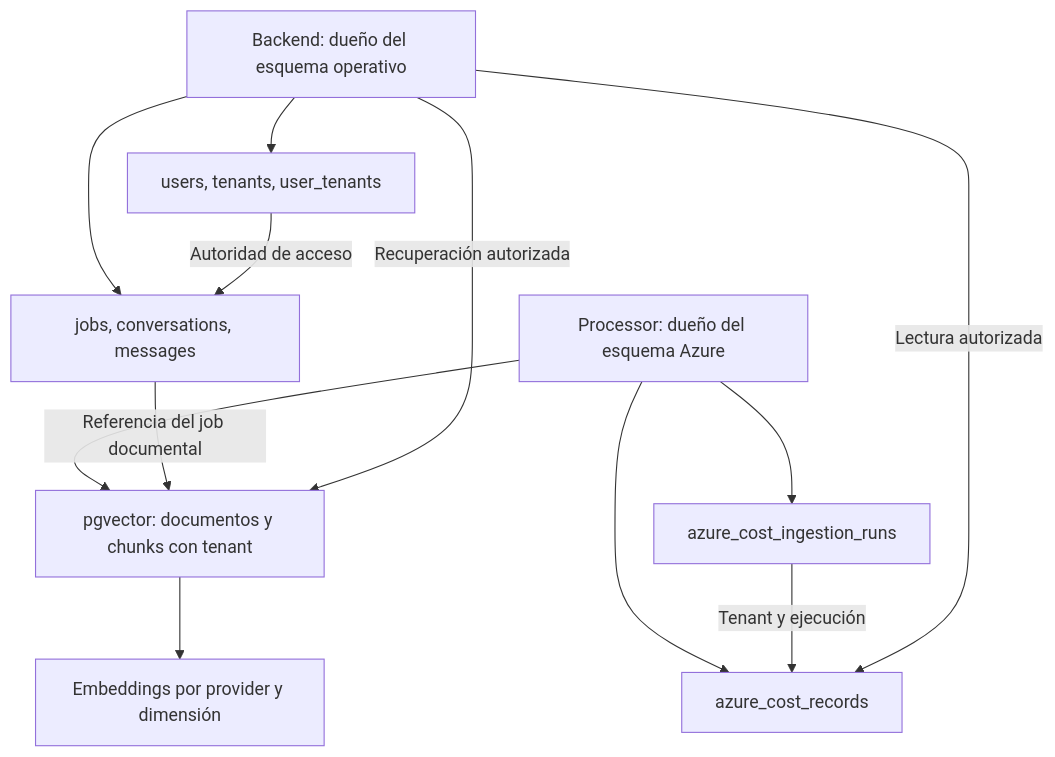
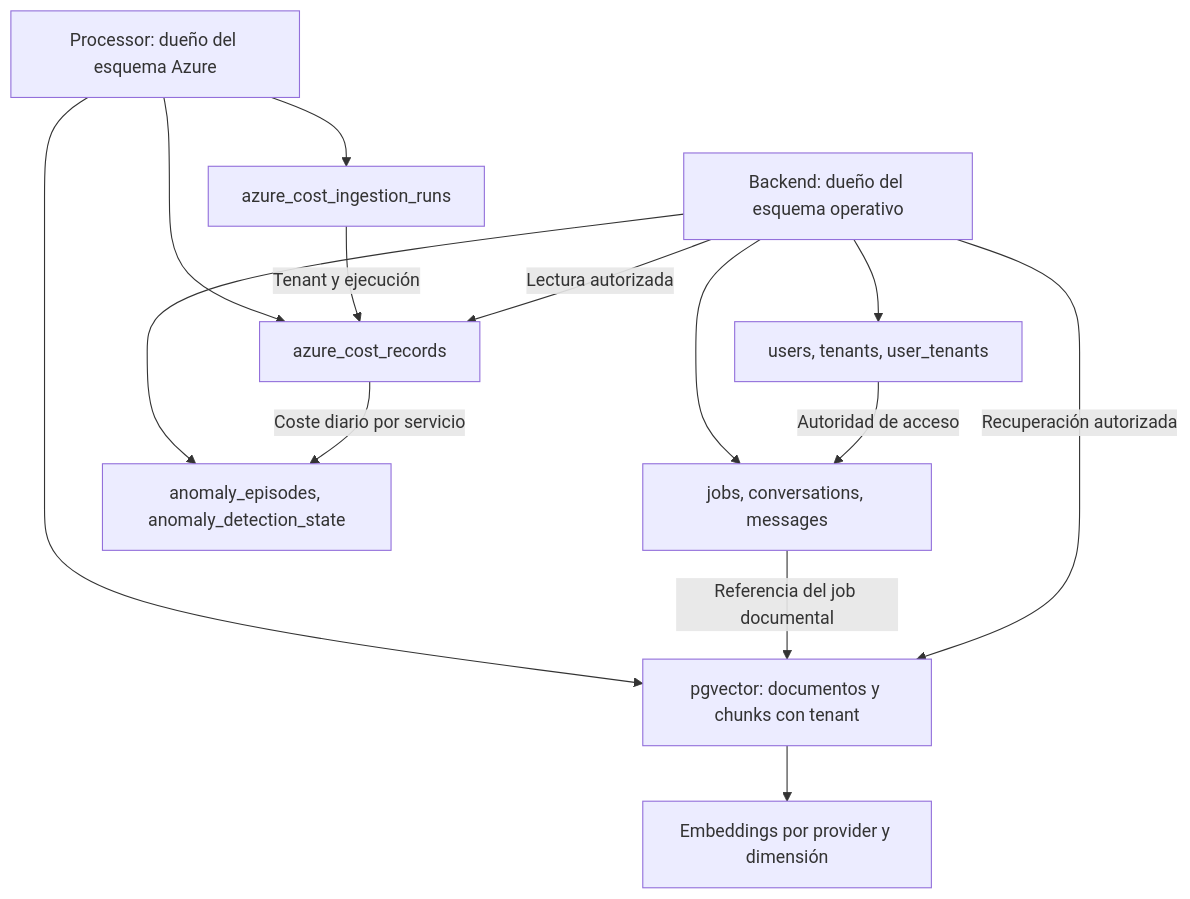
One commit to EconomiconFinOps/tfm-economicon changed the sixth of 8 diagrams in docs/architecture.md. Above: the diagram before and after it, drawn with Mermaid. The commit also changed other lines of this file and 8 other files, not shown here.

````diff
--- a/docs/architecture.md
+++ b/docs/architecture.md
@@ -223,14 +232,16 @@
 ```mermaid
 flowchart TB
   B[Backend: dueño del esquema operativo] --> U[users, tenants, user_tenants]
   B --> J[jobs, conversations, messages]
+  B --> A[anomaly_episodes, anomaly_detection_state]
   P[Processor: dueño del esquema Azure] --> R[azure_cost_ingestion_runs]
   P --> C[azure_cost_records]
   U -->|Autoridad de acceso| J
   R -->|Tenant y ejecución| C
   P --> D[pgvector: documentos y chunks con tenant]
   D --> E[Embeddings por provider y dimensión]
   J -->|Referencia del job documental| D
   B -->|Lectura autorizada| C
+  C -->|Coste diario por servicio| A
   B -->|Recuperación autorizada| D
 ```
````
